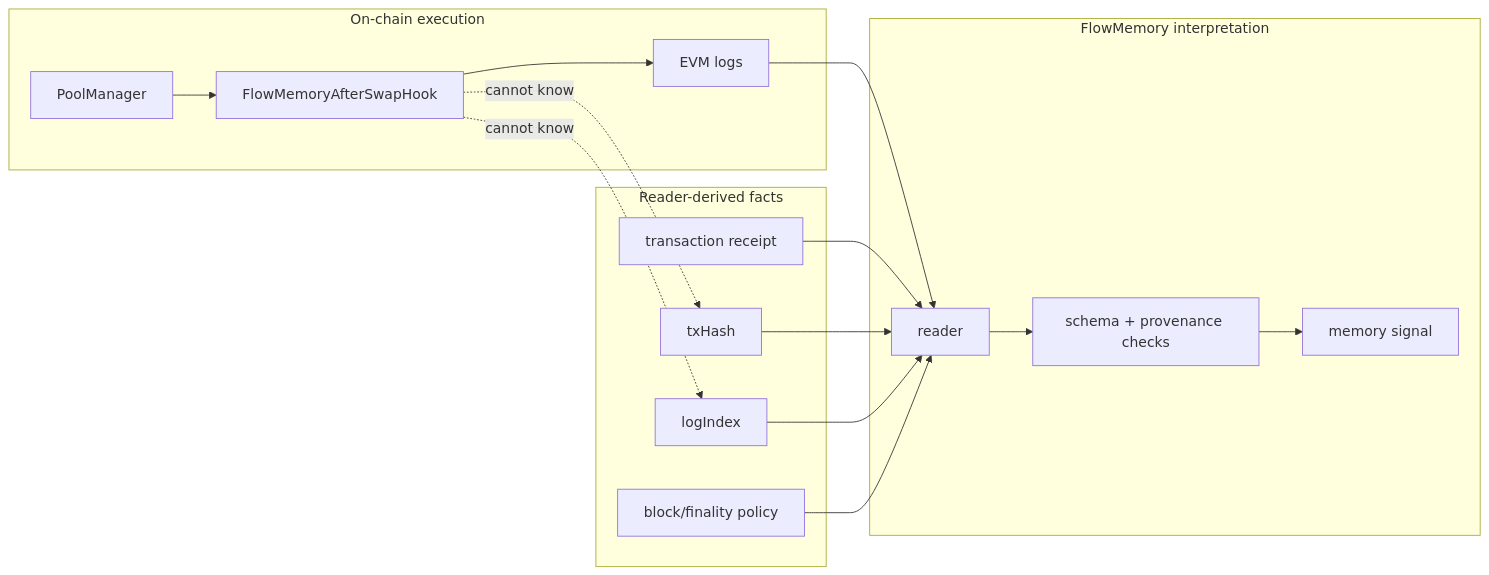
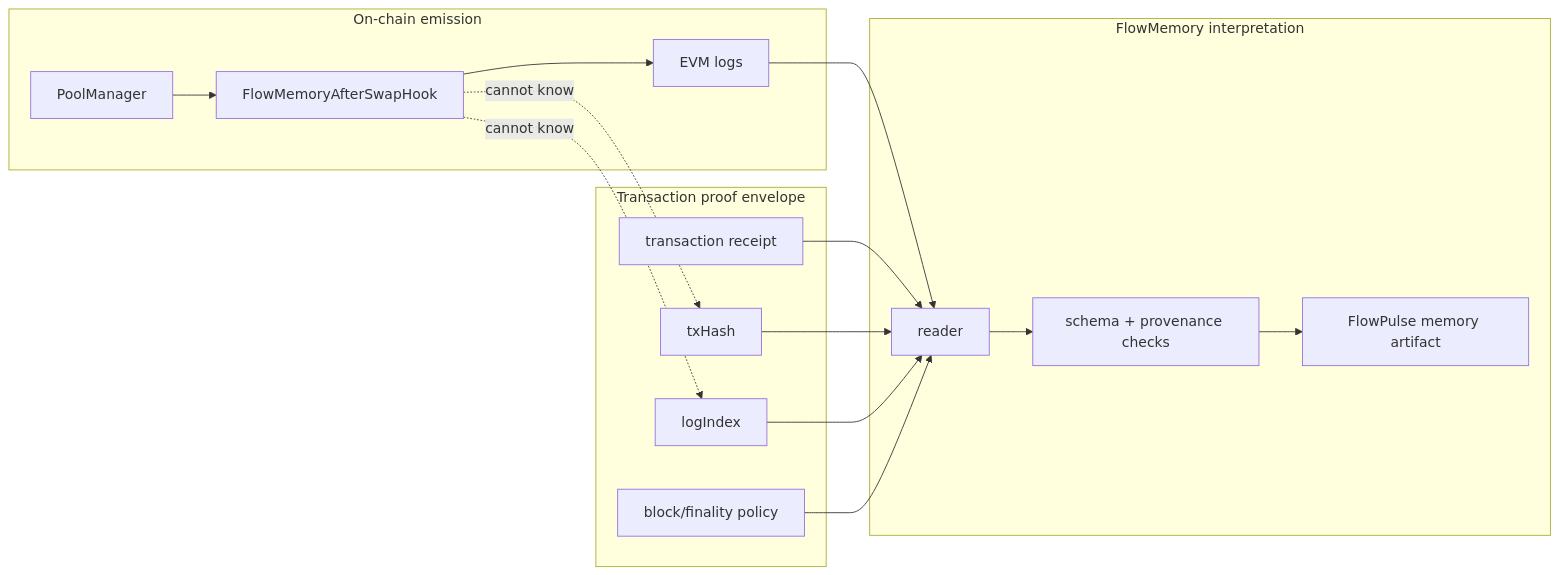
Before and after one commit to FlowmemoryAI/flowmemory-uniswap-v4-hooks: the fourth of 5 diagrams in docs/ARCHITECTURE.md, drawn with Mermaid. The commit also changed other lines of this file and 22 other files, not shown here.

````diff
--- a/docs/ARCHITECTURE.md
+++ b/docs/ARCHITECTURE.md
@@ -68,32 +134,32 @@
 ```mermaid
 flowchart LR
-    subgraph Onchain["On-chain execution"]
+    subgraph Onchain["On-chain emission"]
         PM["PoolManager"]
         Hook["FlowMemoryAfterSwapHook"]
         Logs["EVM logs"]
     end
 
-    subgraph Derived["Reader-derived facts"]
+    subgraph ProofEnvelope["Transaction proof envelope"]
         Receipt["transaction receipt"]
         TxHash["txHash"]
         LogIndex["logIndex"]
         Finality["block/finality policy"]
     end
 
     subgraph Memory["FlowMemory interpretation"]
         Reader["reader"]
         Checks["schema + provenance checks"]
-        MemorySignal["memory signal"]
+        MemorySignal["FlowPulse memory artifact"]
     end
 
     PM --> Hook --> Logs
     Logs --> Reader
     Receipt --> Reader
     TxHash --> Reader
     LogIndex --> Reader
     Finality --> Reader
     Reader --> Checks --> MemorySignal
 
     Hook -. cannot know .-> TxHash
     Hook -. cannot know .-> LogIndex
 ```
````
